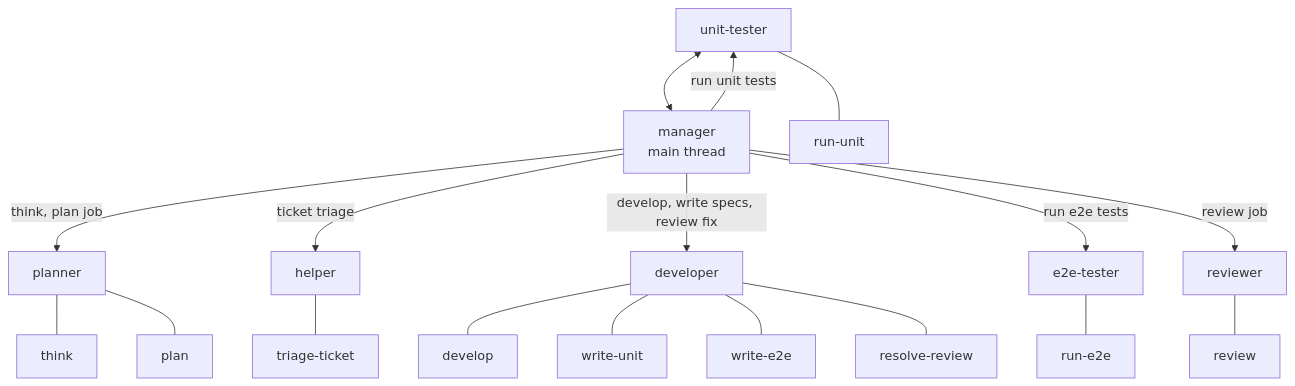
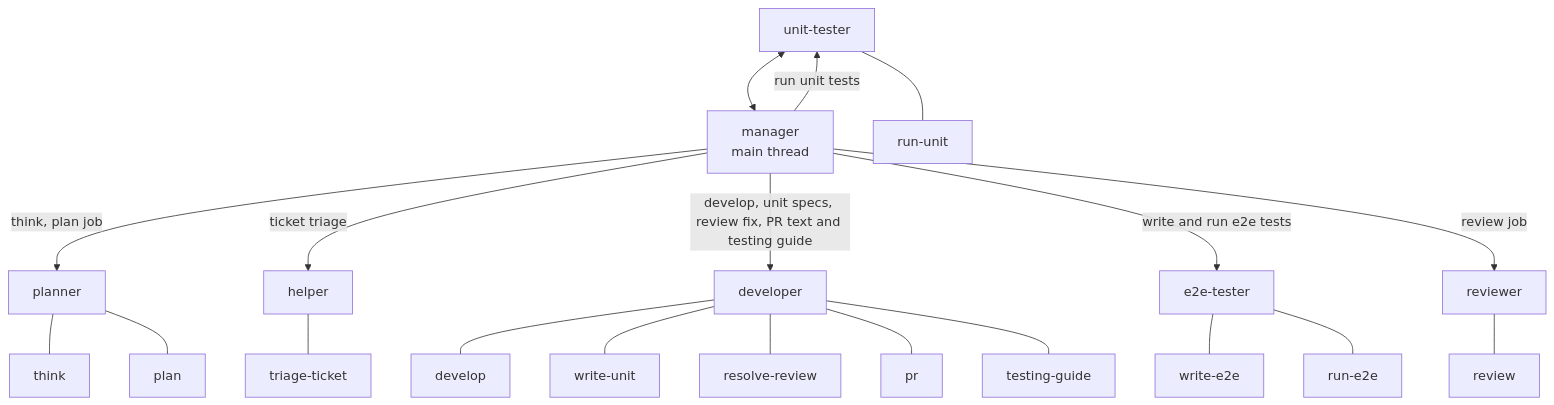
Before and after one commit to le0u0/plugins: the first of 3 diagrams in agent-workflow/docs/architecture/ARCHITECTURE.md, drawn with Mermaid. The commit also changed other lines of this file and 5 other files, not shown here.

Commit message:
docs: update manager, agents, and architecture for the new workflow

````diff
--- a/agent-workflow/docs/architecture/ARCHITECTURE.md
+++ b/agent-workflow/docs/architecture/ARCHITECTURE.md
@@ -7,17 +7,17 @@
 ```mermaid
 flowchart TD
     U([User]) <--> M[manager<br/>main thread]
     M -->|think, plan job| P[planner]
     M -->|ticket triage| H[helper]
-    M -->|develop, write specs, review fix| D[developer]
+    M -->|develop, unit specs, review fix, PR text and testing guide| D[developer]
     M -->|run unit tests| U[unit-tester]
-    M -->|run e2e tests| E[e2e-tester]
+    M -->|write and run e2e tests| E[e2e-tester]
     M -->|review job| R[reviewer]
 
     P --- P1[think] & P3[plan]
     H --- H1[triage-ticket]
-    D --- D1[develop] & D2[write-unit] & D5[write-e2e] & D4[resolve-review]
+    D --- D1[develop] & D2[write-unit] & D4[resolve-review] & D6[pr] & D7[testing-guide]
     U --- U1[run-unit]
-    E --- E2[run-e2e]
+    E --- E1[write-e2e] & E2[run-e2e]
     R --- R1[review]
 ```
````
